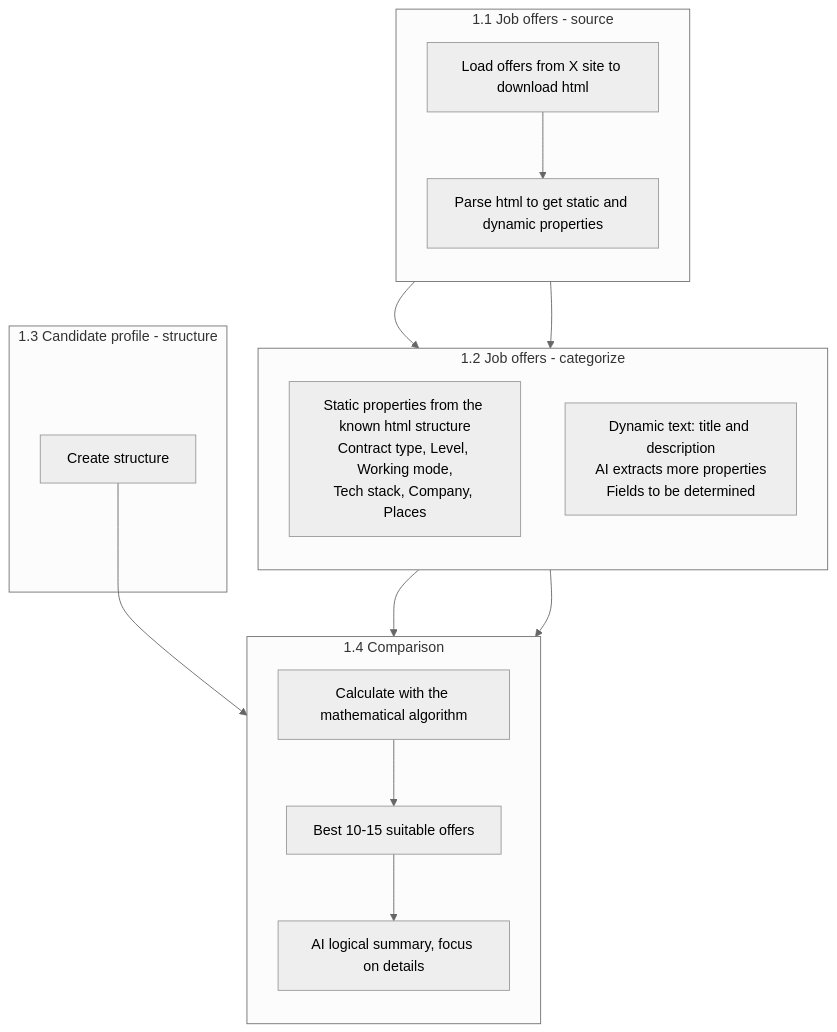
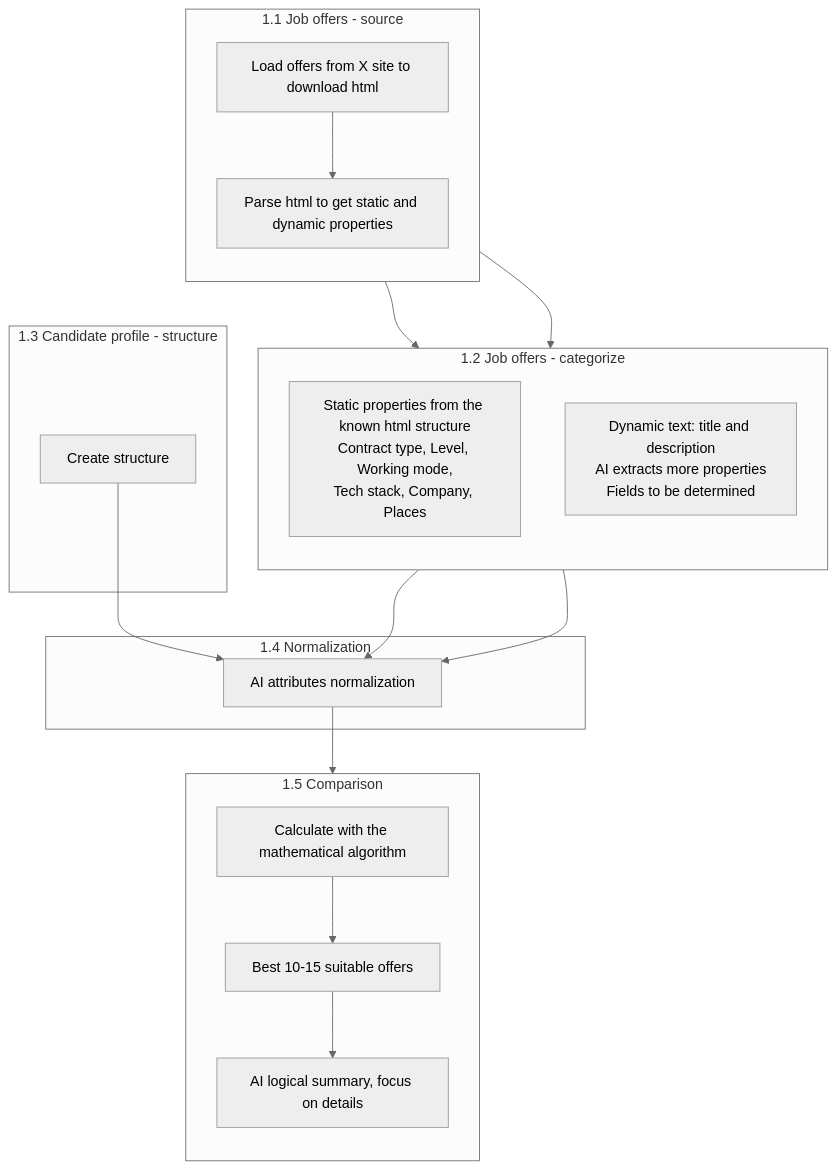
One commit to sebmin/jobseek changed the fourth of 5 diagrams in Readme.md. Above: the diagram before and after it, drawn with Mermaid (neutral theme). The commit also changed other lines of this file and 8 other files, not shown here.

````diff
--- a/Readme.md
+++ b/Readme.md
@@ -72,30 +79,37 @@
 ```mermaid
 flowchart TD
   subgraph source ["1.1 Job offers - source"]
     direction TB
     load["Load offers from X site to download html"] --> parse["Parse html to get static and dynamic properties"]
   end
 
   subgraph categorize ["1.2 Job offers - categorize"]
     direction TB
     static["Static properties from the known html structure<br/>Contract type, Level, Working mode,<br/>Tech stack, Company, Places"]
     dynamic["Dynamic text: title and description<br/>AI extracts more properties<br/>Fields to be determined"]
   end
 
   parse --> static
   parse --> dynamic
+  parse ~~~ structure
 
   subgraph profile ["1.3 Candidate profile - structure"]
     structure["Create structure"]
   end
 
-  subgraph comparison ["1.4 Comparison"]
+  subgraph normalization ["1.4 Normalization"]
+    normalize["AI attributes normalization"]
+  end
+
+  static --> normalize
+  dynamic --> normalize
+  structure --> normalize
+
+  subgraph comparison ["1.5 Comparison"]
     direction TB
     math["Calculate with the mathematical algorithm"] --> best["Best 10-15 suitable offers"]
     best --> summary["AI logical summary, focus on details"]
   end
 
-  static --> math
-  dynamic --> math
-  structure --> math
+  normalize --> math
 ```
````
